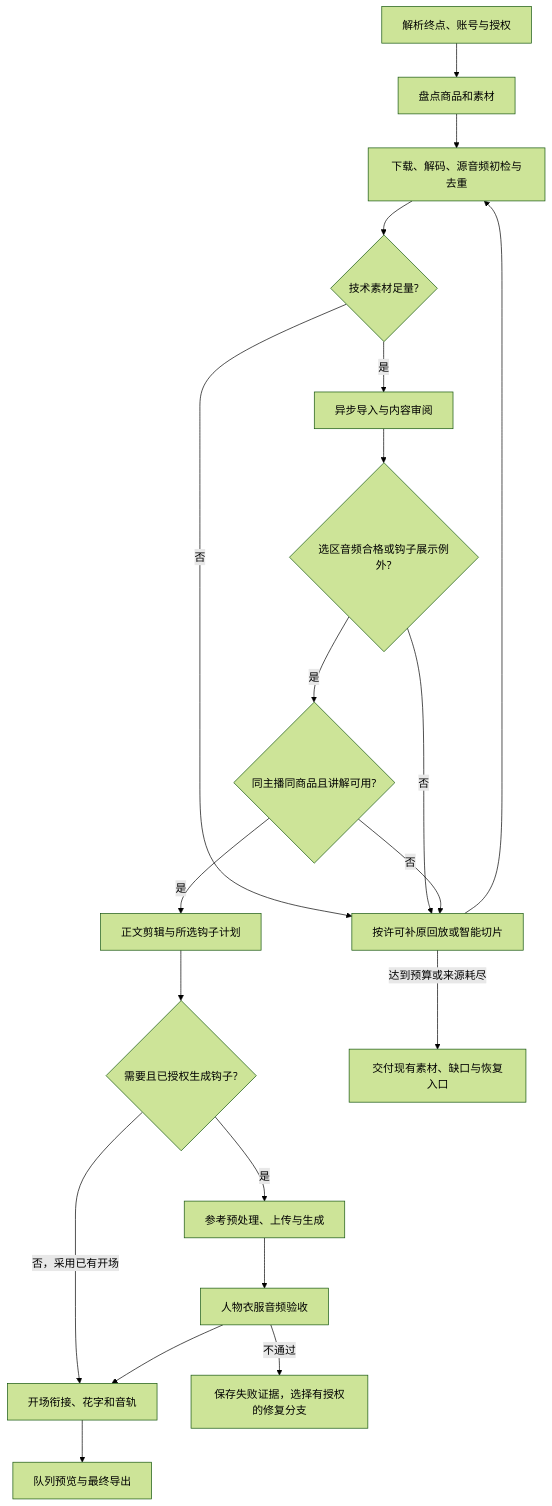
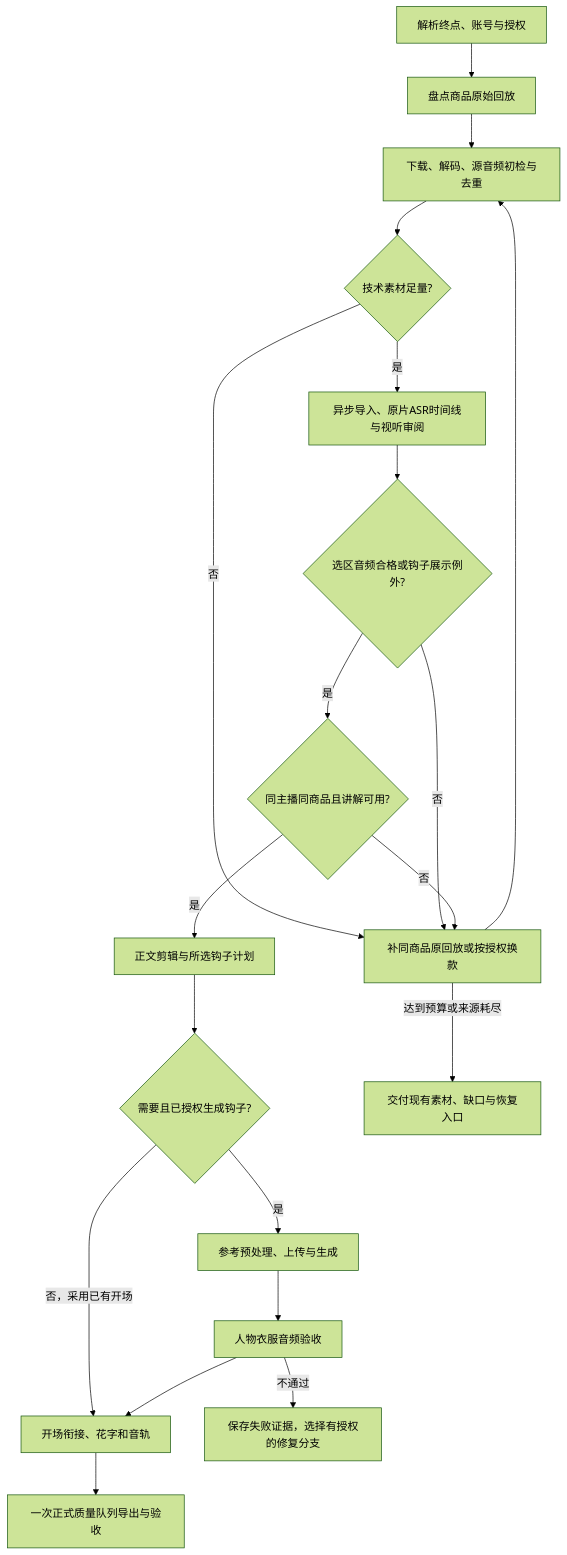
The diagram in plugins/video-editer/skills/baiying-dialogue-video/references/workflow.md (pycode4micro/cardbush-plugins), drawn with Mermaid (forest theme) before and after one commit. The commit also changed 35 other files, not shown here.

Commit message:
Prefer one original Baiying replay and expose ASR source timeline

````diff
--- a/plugins/video-editer/skills/baiying-dialogue-video/references/workflow.md
+++ b/plugins/video-editer/skills/baiying-dialogue-video/references/workflow.md
@@ -9,22 +9,22 @@
 ```mermaid
 flowchart TD
-    A[解析终点、账号与授权] --> B[盘点商品和素材]
+    A[解析终点、账号与授权] --> B[盘点商品原始回放]
     B --> C[下载、解码、源音频初检与去重]
     C --> D{技术素材足量?}
-    D -- 否 --> E[按许可补原回放或智能切片]
+    D -- 否 --> E[补同商品原回放或按授权换款]
     E --> C
-    D -- 是 --> F[异步导入与内容审阅]
+    D -- 是 --> F[异步导入、原片ASR时间线与视听审阅]
     F --> Q{选区音频合格或钩子展示例外?}
     Q -- 否 --> E
     Q -- 是 --> G{同主播同商品且讲解可用?}
     G -- 否 --> E
     G -- 是 --> H[正文剪辑与所选钩子计划]
     H --> O{需要且已授权生成钩子?}
     O -- 是 --> I[参考预处理、上传与生成]
     O -- 否，采用已有开场 --> K[开场衔接、花字和音轨]
     I --> J[人物衣服音频验收]
     J --> K
-    K --> L[队列预览与最终导出]
+    K --> L[一次正式质量队列导出与验收]
     E -- 达到预算或来源耗尽 --> M[交付现有素材、缺口与恢复入口]
     J -- 不通过 --> N[保存失败证据，选择有授权的修复分支]
 ```
````
